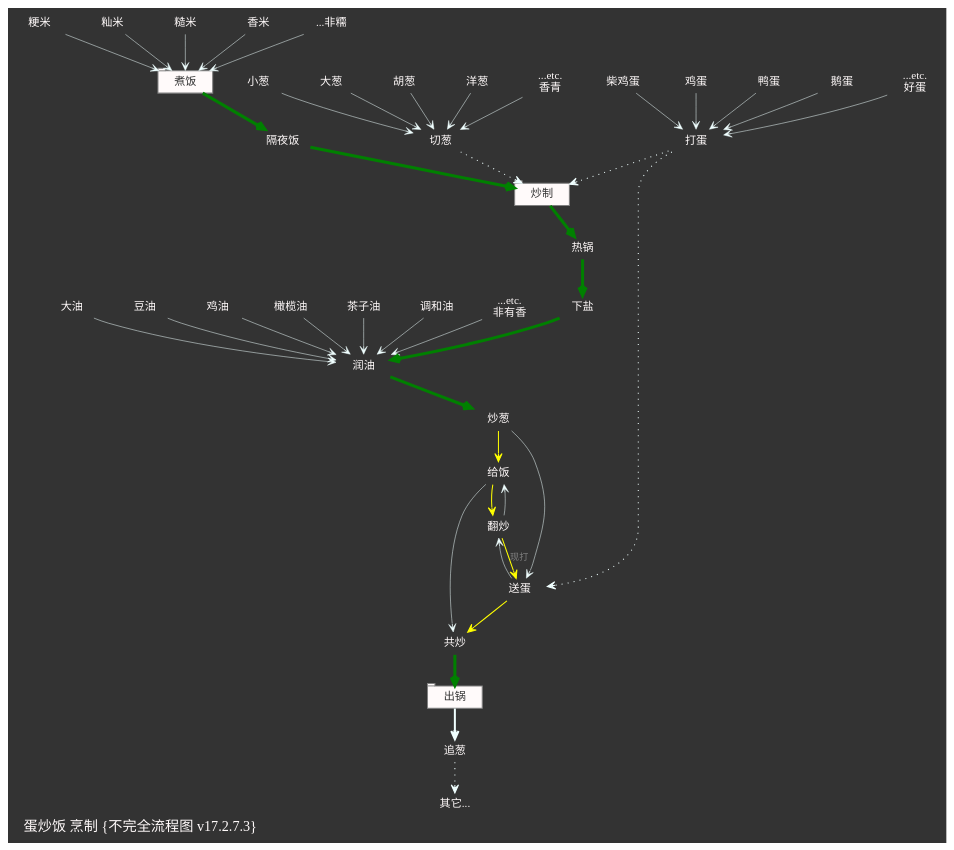
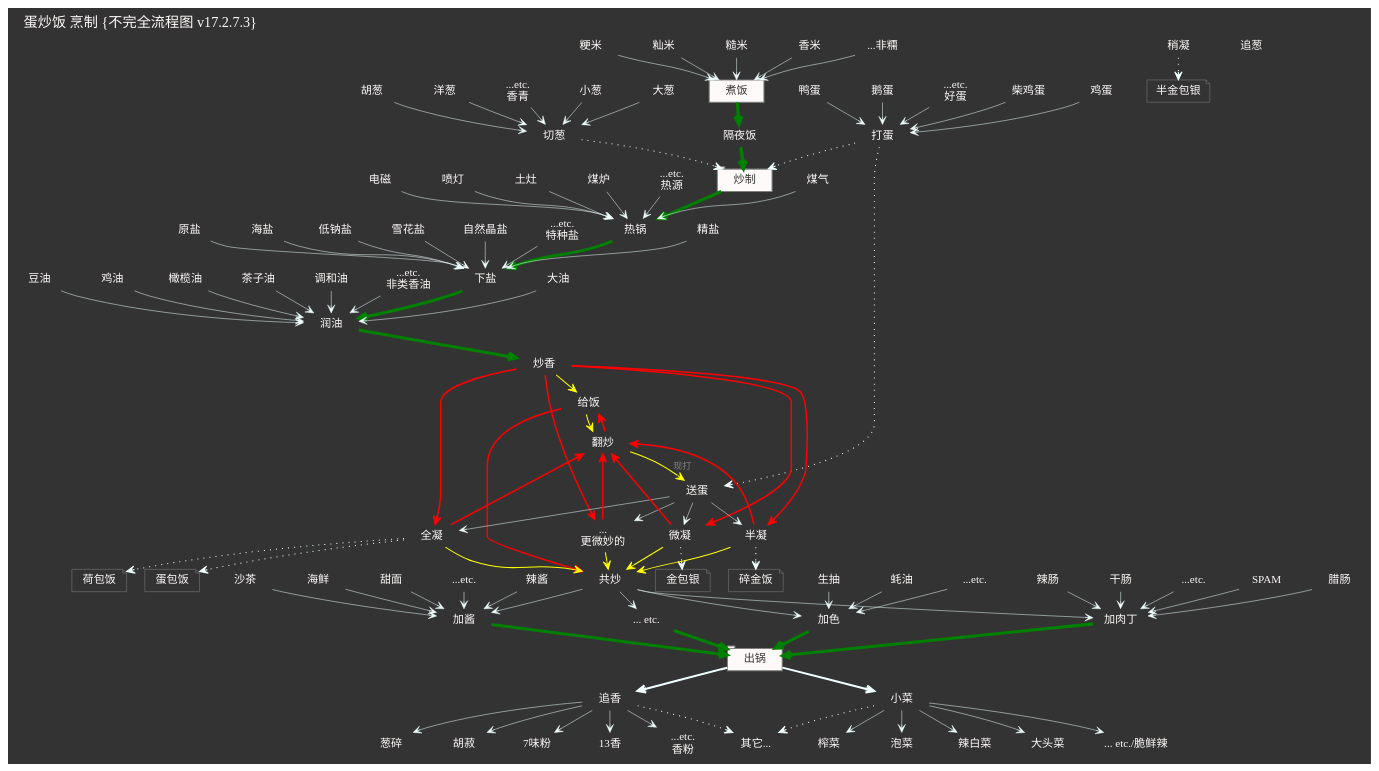
One commit to GC4WP/S03E05 changed the diagram in s3e05g56/fired-rice-egg-mapping.dot. Above: the diagram before and after it, drawn with Graphviz. The commit also changed 1 other file, not shown here.

Commit message:
完备了 fired rice with egg 图谱

```diff
--- a/s3e05g56/fired-rice-egg-mapping.dot
+++ b/s3e05g56/fired-rice-egg-mapping.dot
@@ -7,8 +7,8 @@
     graph [label="蛋炒饭 烹制 {不完全流程图 v17.2.7.3}"
         ,fontsize=14.0,fontcolor=snow
         ,fontname="Noto Sans S Chinese Medium"
-        ,labeljust="l",labelloc="b",center=1
-        ,ranksep=0.4,ratio=compress
+        ,labeljust="l",labelloc="t",center=1
+        ,ranksep=0.2,ratio=compress
         ,rankdir=TB
         ,bgcolor="#333333"
         ];
@@ -75,14 +75,22 @@
             style="filled",fillcolor=snow,fontcolor="#333333"];
 
 
-            O0 [label="大油"];
-            O1 [label="豆油"];
-            O2 [label="鸡油"];
-            O3 [label="橄榄油"];
-            O4 [label="茶子油"];
-            O5 [label="调和油"];
-            On [label="...etc.\n非有香"];
+            H0 [label="煤气"];
+            H1 [label="电磁"];
+            H2 [label="喷灯"];
+            H3 [label="土灶"];
+            H4 [label="煤炉"];
+            Hn [label="...etc.\n热源"];
+        {H0 H1 H2 H3 H4 Hn}->hGuo ;
         hGuo [label="热锅"];
+            S0 [label="精盐"];
+            S1 [label="原盐"];
+            S2 [label="海盐"];
+            S3 [label="低钠盐"];
+            S4 [label="雪花盐"];
+            S5 [label="自然晶盐"];
+            Sn [label="...etc.\n特种盐"];
+        {S0 S1 S2 S3 S4 S5 Sn}->aSlat;
         aSlat [label="下盐"];
             O0 [label="大油"];
             O1 [label="豆油"];
@@ -90,35 +98,90 @@
             O3 [label="橄榄油"];
             O4 [label="茶子油"];
             O5 [label="调和油"];
-            On [label="...etc.\n非有香"];
+            On [label="...etc.\n非类香油"];
         {O0 O1 O2 O3 O4 O5 On}->aOil;
         aOil [label="润油"];
-        fCong [label="炒葱"];
+        fCong [label="炒香"];
         aRice [label="给饭"];
         aFired [label="翻炒"];
+
         aEgg [label="送蛋"];
+            fE0 [label="微凝"];
+                fER0 [label="金包银",shape=note];
+            fE1 [label="稍凝"];
+                fER1 [label="半金包银",shape=note];
+            fE2 [label="半凝"];
+                fER2 [label="碎金饭",shape=note];
+            fE3 [label="全凝"];
+                fER3 [label="荷包饭",shape=note];
+                fER4 [label="蛋包饭",shape=note];
+            fEn [label="...\n更微妙的"];
+        aEgg->{fE0 fE2 fE3 fEn};
+            fE0->fER0 [style="dotted"];
+            fE1->fER1 [style="dotted"];
+            fE2->fER2 [style="dotted"];
+            fE3->{fER3 fER4} [style="dotted"];
+
         fAll [label="共炒"];
+            A0 [label="加肉丁"];
+                A00 [label="SPAM"];
+                A01 [label="腊肠"];
+                A02 [label="辣肠"];
+                A03 [label="干肠"];
+                A0n [label="...etc."];
+                {A00 A01 A02 A03 A0n}->A0;
+            A1 [label="加酱"];
+                A10 [label="辣酱"];
+                A11 [label="沙茶"];
+                A12 [label="海鲜"];
+                A13 [label="甜面"];
+                A1n [label="...etc."];
+                {A10 A11 A12 A13 A1n}->A1;
+            A2 [label="加色"];
+                A20 [label="生抽"];
+                A21 [label="蚝油"];
+                A2n [label="...etc."];
+                {A20 A21 A2n}->A2;
+            An [label="... etc."];
+        fAll->{A0 A1 A2 An};
+
 
     st1->hGuo->aSlat->aOil->fCong [color=green, style="setlinewidth(3)"]; 
 
 
         fCong->aRice->aFired [color=yellow, style="setlinewidth(1)"]; 
         aFired->aEgg [label="现打", color=yellow, style="setlinewidth(1)"];
-        aEgg->fAll [color=yellow, style="setlinewidth(1)"];
 
-        fCong->aEgg->aFired->aRice->fAll;
+        {fE0 fE2 fE3 fEn}->fAll [color=yellow, style="setlinewidth(1)"];
+
+        fCong->{fE0 fE2 fE3 fEn}->aFired->aRice->fAll [color=red
+                                            , style="setlinewidth(1.5)"];
         mEgg->aEgg [style="dotted,setlinewidth(1)"]; 
 
 
     st2 [label="出锅",shape=tab,
             style="filled",fillcolor=snow,fontcolor="#333333"];
 
+        pXiang [label="追香"];
+            pA0 [label="葱碎"];
+            pA1 [label="胡菽"];
+            pA7 [label="7味粉"];
+            pA13 [label="13香"];
+            pAn [label="...etc.\n香粉"];
+            pXiang->{pA0 pA1 pA7 pA13 pAn};
         aCong [label="追葱"];
+        aCai [label="小菜"];
+            AC0 [label="榨菜"];
+            AC1 [label="泡菜"];
+            AC2 [label="辣白菜"];
+            AC3 [label="大头菜"];
+            ACn [label="... etc./脆鲜辣"];
+            aCai->{AC0 AC1 AC2 AC3 ACn};
         aOthers [label="其它..."];
 
-    fAll->st2 [color=green, style="setlinewidth(3)"]; 
-        st2->aCong [style="setlinewidth(2)"]; 
-        aCong->aOthers [style="dotted,setlinewidth(1)"]; 
+    {A0 A1 A2 An}->st2 [color=green, style="setlinewidth(3)"]; 
+        st2->{pXiang aCai} [style="setlinewidth(2)"]; 
+        {pXiang aCai}->aOthers [style="dotted,setlinewidth(1)"]; 
 
 
     /*
```
